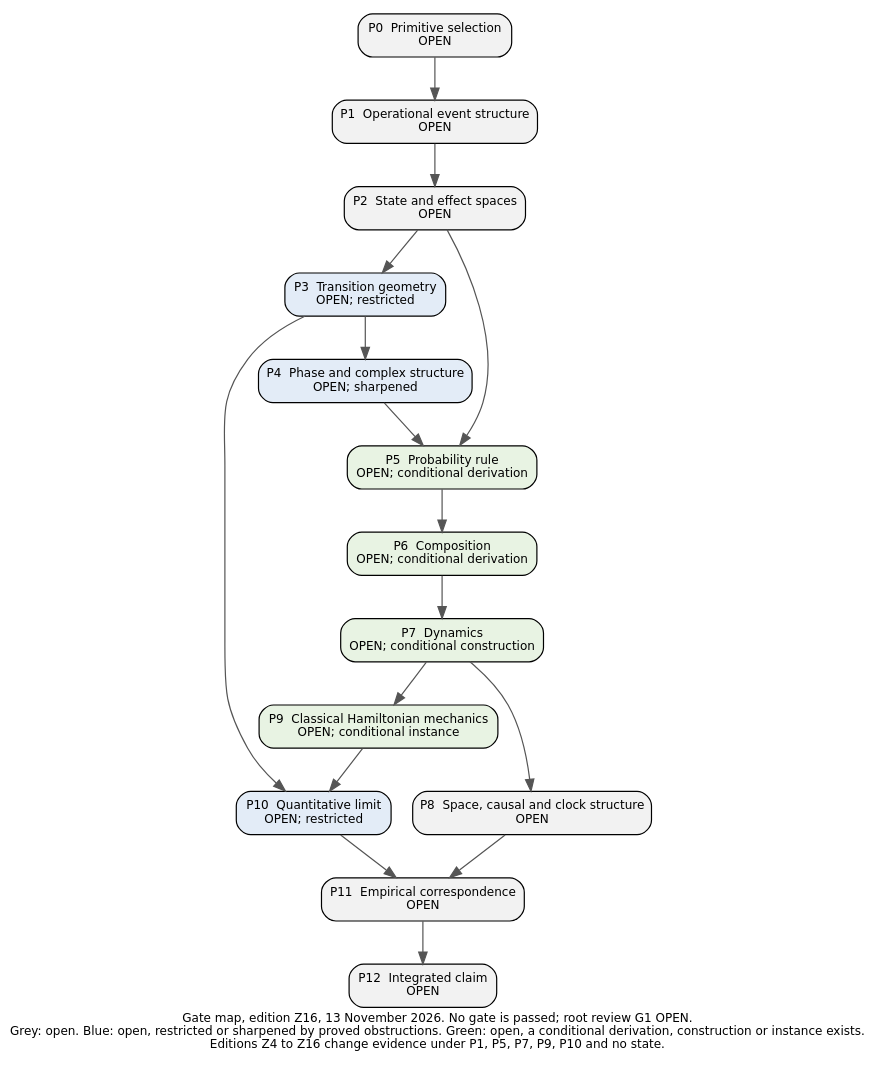
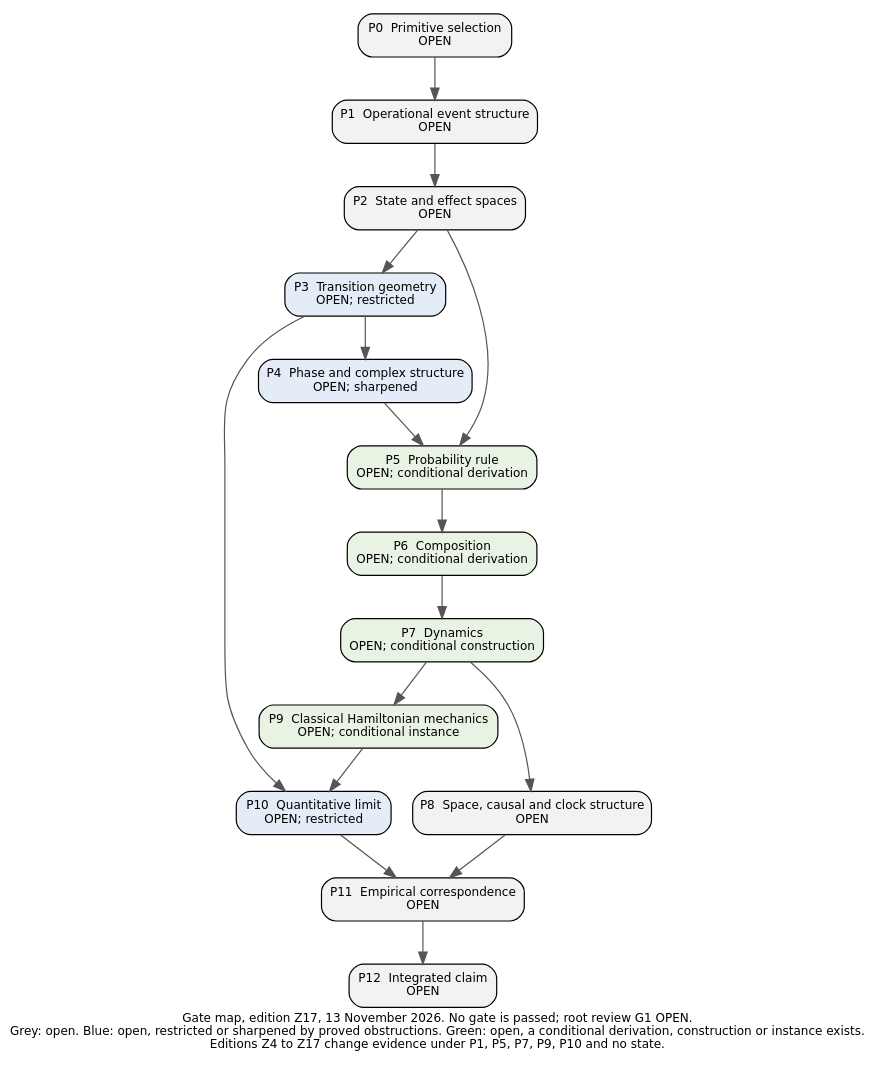
One commit to KirtusJ/From-Prephysical-Hypotheses-to-Physical-Models changed the diagram in edition/PROGRAM/figures/Gate_Map_2026-11-13.dot. Above: the diagram before and after it, drawn with Graphviz. The commit also changed 84 other files, not shown here.

```diff
--- a/edition/PROGRAM/figures/Gate_Map_2026-11-13.dot
+++ b/edition/PROGRAM/figures/Gate_Map_2026-11-13.dot
@@ -1,30 +1,30 @@
-digraph G { rankdir=TB; node [shape=box, style="filled,rounded", fontname="DejaVu Sans", fontsize=10, margin="0.12,0.07"]; edge [color="#555555"]; label="Gate map, edition Z16, 13 November 2026. No gate is passed; root review G1 OPEN.\nGrey: open. Blue: open, restricted or sharpened by proved obstructions. Green: open, a conditional derivation, construction or instance exists.\nEditions Z4 to Z16 change evidence under P1, P5, P7, P9, P10 and no state."; fontname="DejaVu Sans"; fontsize=10; labelloc=b;
+digraph G { rankdir=TB; node [shape=box, style="filled,rounded", fontname="DejaVu Sans", fontsize=10, margin="0.12,0.07"]; edge [color="#555555"]; label="Gate map, edition Z17, 13 November 2026. No gate is passed; root review G1 OPEN.\nGrey: open. Blue: open, restricted or sharpened by proved obstructions. Green: open, a conditional derivation, construction or instance exists.\nEditions Z4 to Z17 change evidence under P1, P5, P7, P9, P10 and no state."; fontname="DejaVu Sans"; fontsize=10; labelloc=b;
 P0 [label="P0  Primitive selection\nOPEN", fillcolor="#f2f2f2"];
 P1 [label="P1  Operational event structure\nOPEN", fillcolor="#f2f2f2"];
 P2 [label="P2  State and effect spaces\nOPEN", fillcolor="#f2f2f2"];
 P3 [label="P3  Transition geometry\nOPEN; restricted", fillcolor="#e3ecf7"];
 P4 [label="P4  Phase and complex structure\nOPEN; sharpened", fillcolor="#e3ecf7"];
 P5 [label="P5  Probability rule\nOPEN; conditional derivation", fillcolor="#e8f3e3"];
 P6 [label="P6  Composition\nOPEN; conditional derivation", fillcolor="#e8f3e3"];
 P7 [label="P7  Dynamics\nOPEN; conditional construction", fillcolor="#e8f3e3"];
 P8 [label="P8  Space, causal and clock structure\nOPEN", fillcolor="#f2f2f2"];
 P9 [label="P9  Classical Hamiltonian mechanics\nOPEN; conditional instance", fillcolor="#e8f3e3"];
 P10 [label="P10  Quantitative limit\nOPEN; restricted", fillcolor="#e3ecf7"];
 P11 [label="P11  Empirical correspondence\nOPEN", fillcolor="#f2f2f2"];
 P12 [label="P12  Integrated claim\nOPEN", fillcolor="#f2f2f2"];
 P0 -> P1;
 P1 -> P2;
 P2 -> P3;
 P3 -> P4;
 P2 -> P5;
 P4 -> P5;
 P5 -> P6;
 P6 -> P7;
 P7 -> P8;
 P7 -> P9;
 P3 -> P10;
 P9 -> P10;
 P8 -> P11;
 P10 -> P11;
 P11 -> P12;
 }
```
